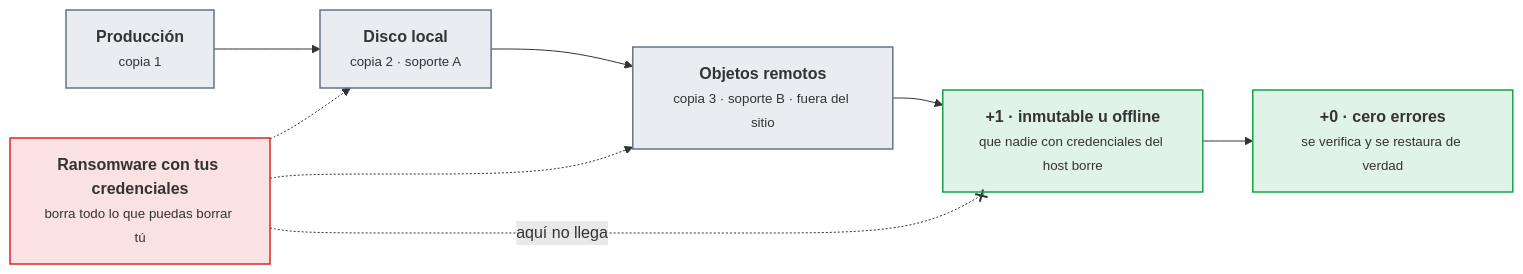
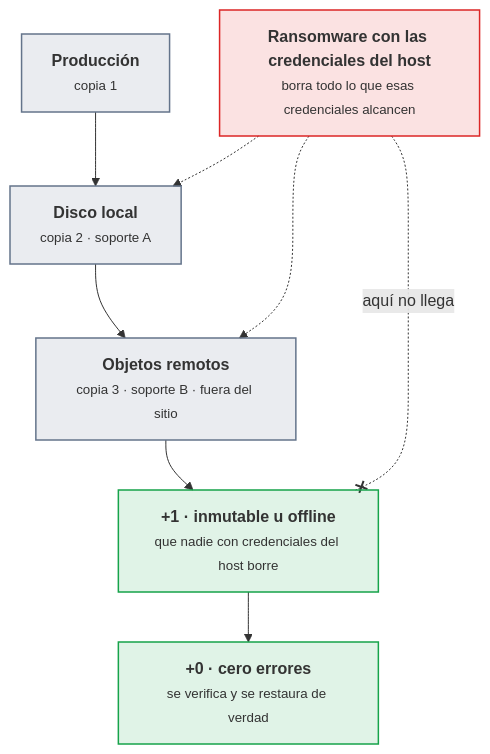
The first of 3 diagrams in docs/ut/ut6-copias-seguridad.md (victor-educ/apuntes-5169), drawn with Mermaid before and after one commit. The commit also changed other lines of this file and 16 other files, not shown here.

````diff
--- a/docs/ut/ut6-copias-seguridad.md
+++ b/docs/ut/ut6-copias-seguridad.md
@@ -119,19 +119,19 @@
 ```mermaid
-flowchart LR
+flowchart TB
     P["<b>Producción</b><br><small>copia 1</small>"]:::pieza
     L["<b>Disco local</b><br><small>copia 2 · soporte A</small>"]:::pieza
     O["<b>Objetos remotos</b><br><small>copia 3 · soporte B · fuera del sitio</small>"]:::pieza
     I["<b>+1 · inmutable u offline</b><br><small>que nadie con credenciales del host borre</small>"]:::ok
     V["<b>+0 · cero errores</b><br><small>se verifica y se restaura de verdad</small>"]:::ok
-    RAN["<b>Ransomware con tus credenciales</b><br><small>borra todo lo que puedas borrar tú</small>"]:::riesgo
+    RAN["<b>Ransomware con las credenciales del host</b><br><small>borra todo lo que esas credenciales alcancen</small>"]:::riesgo
     P --> L --> O --> I --> V
     RAN -.-> L
     RAN -.-> O
     RAN -. "aquí no llega" .-x I
     classDef act fill:#ea580c22,stroke:#ea580c,stroke-width:1.5px
     classDef pieza fill:#64748b22,stroke:#64748b,stroke-width:1.5px
     classDef dato fill:#2563eb22,stroke:#2563eb,stroke-width:1.5px
     classDef infra fill:#a1a1aa14,stroke:#a1a1aa,stroke-width:1.5px
     classDef ok fill:#16a34a22,stroke:#16a34a,stroke-width:1.5px
     classDef riesgo fill:#dc262622,stroke:#dc2626,stroke-width:1.5px
 ```
````
